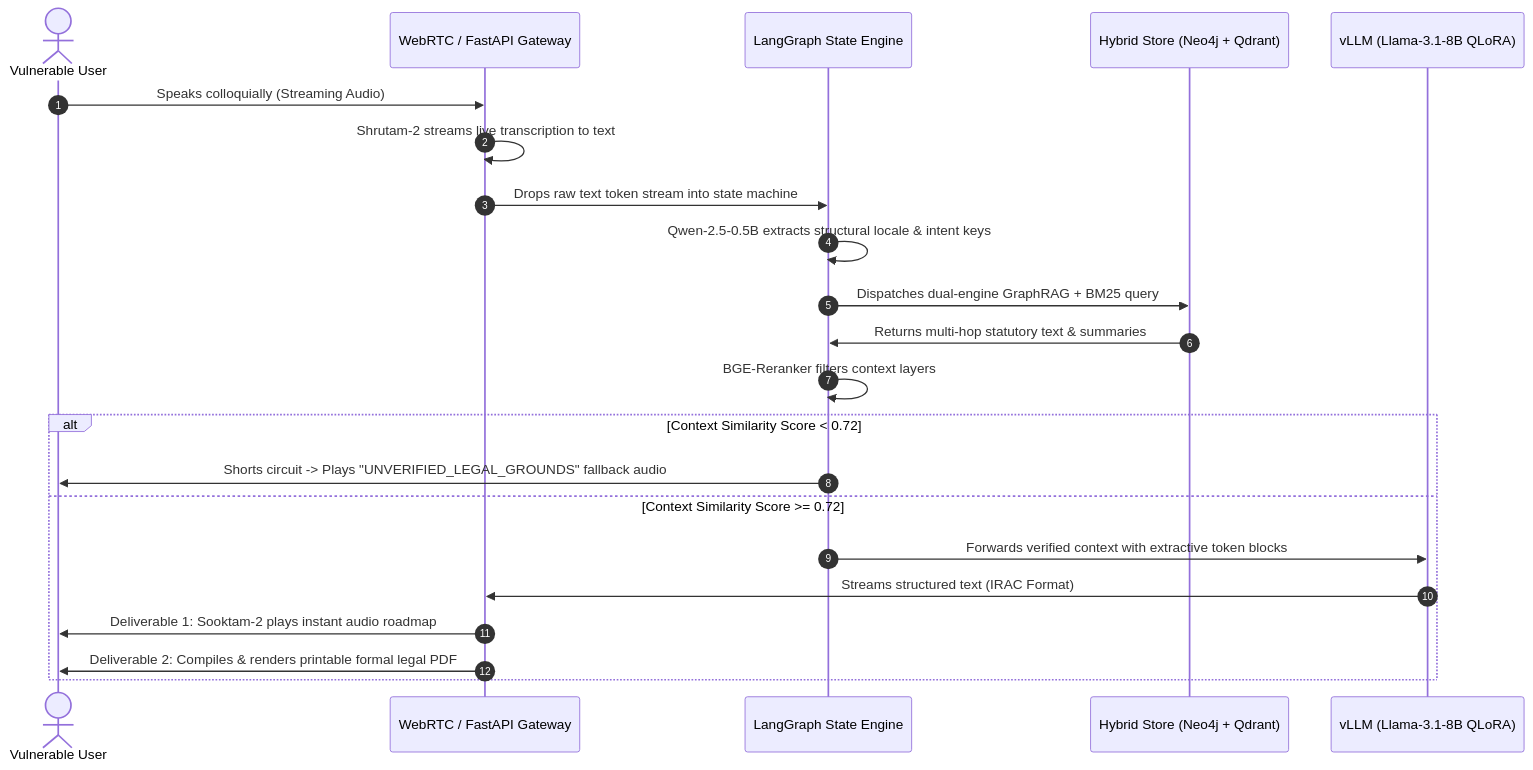
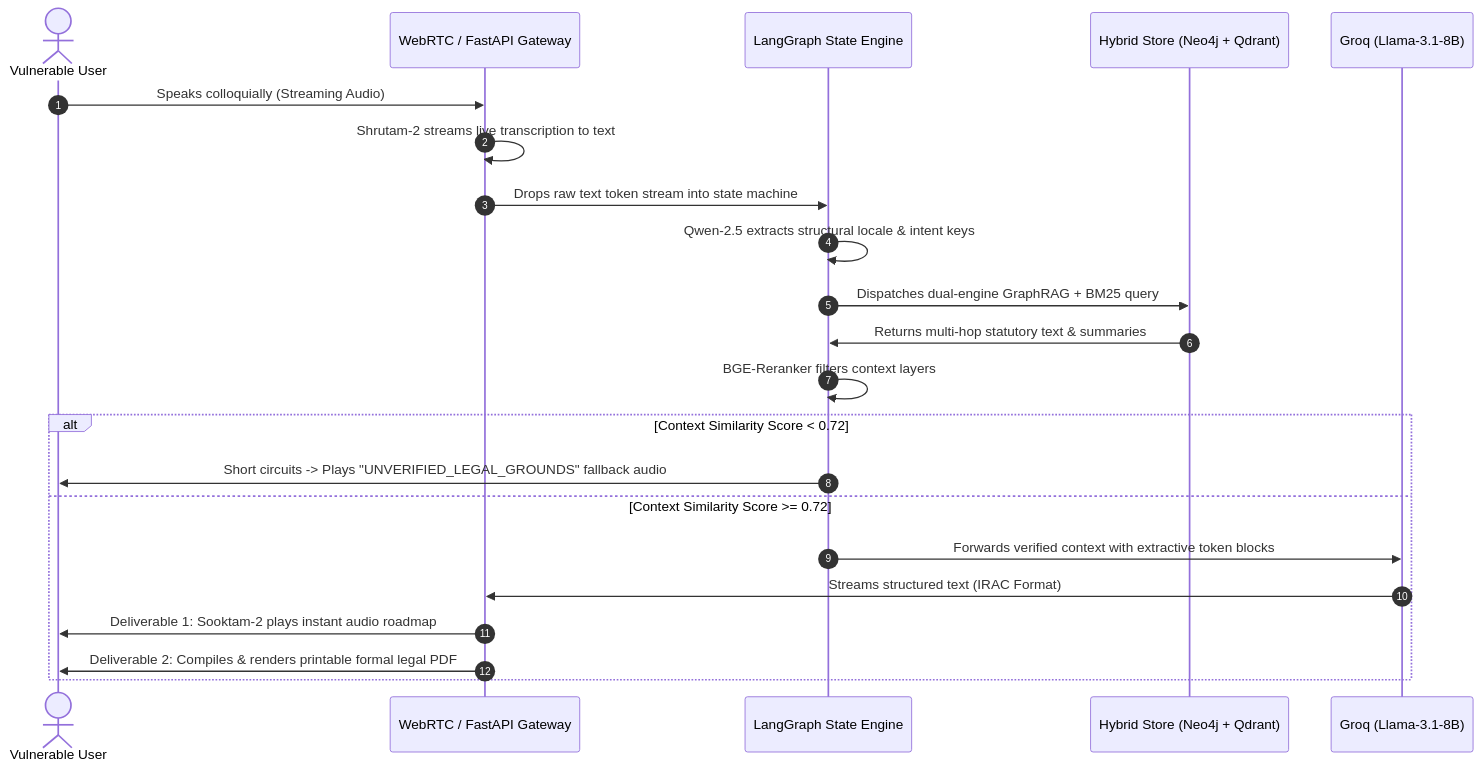
Before and after one commit to vishnup102002/LegalMind: the second of 2 diagrams in README.md, drawn with Mermaid. The commit also changed other lines of this file, not shown here.

````diff
--- a/README.md
+++ b/README.md
@@ -69,26 +68,26 @@
 ```mermaid
 sequenceDiagram
     autonumber
     actor User as Vulnerable User
     participant App as WebRTC / FastAPI Gateway
     participant LG as LangGraph State Engine
     participant DB as Hybrid Store (Neo4j + Qdrant)
-    participant LLM as vLLM (Llama-3.1-8B QLoRA)
+    participant LLM as Groq (Llama-3.1-8B)
     
     User->>App: Speaks colloquially (Streaming Audio)
     App->>App: Shrutam-2 streams live transcription to text
     App->>LG: Drops raw text token stream into state machine
-    LG->>LG: Qwen-2.5-0.5B extracts structural locale & intent keys
+    LG->>LG: Qwen-2.5 extracts structural locale & intent keys
     LG->>DB: Dispatches dual-engine GraphRAG + BM25 query
     DB->>LG: Returns multi-hop statutory text & summaries
     LG->>LG: BGE-Reranker filters context layers
     alt Context Similarity Score < 0.72
-        LG->>User: Shorts circuit -> Plays "UNVERIFIED_LEGAL_GROUNDS" fallback audio
+        LG->>User: Short circuits -> Plays "UNVERIFIED_LEGAL_GROUNDS" fallback audio
     else Context Similarity Score >= 0.72
         LG->>LLM: Forwards verified context with extractive token blocks
         LLM->>App: Streams structured text (IRAC Format)
         App->>User: Deliverable 1: Sooktam-2 plays instant audio roadmap
         App->>User: Deliverable 2: Compiles & renders printable formal legal PDF
     end
 
 ```
````
